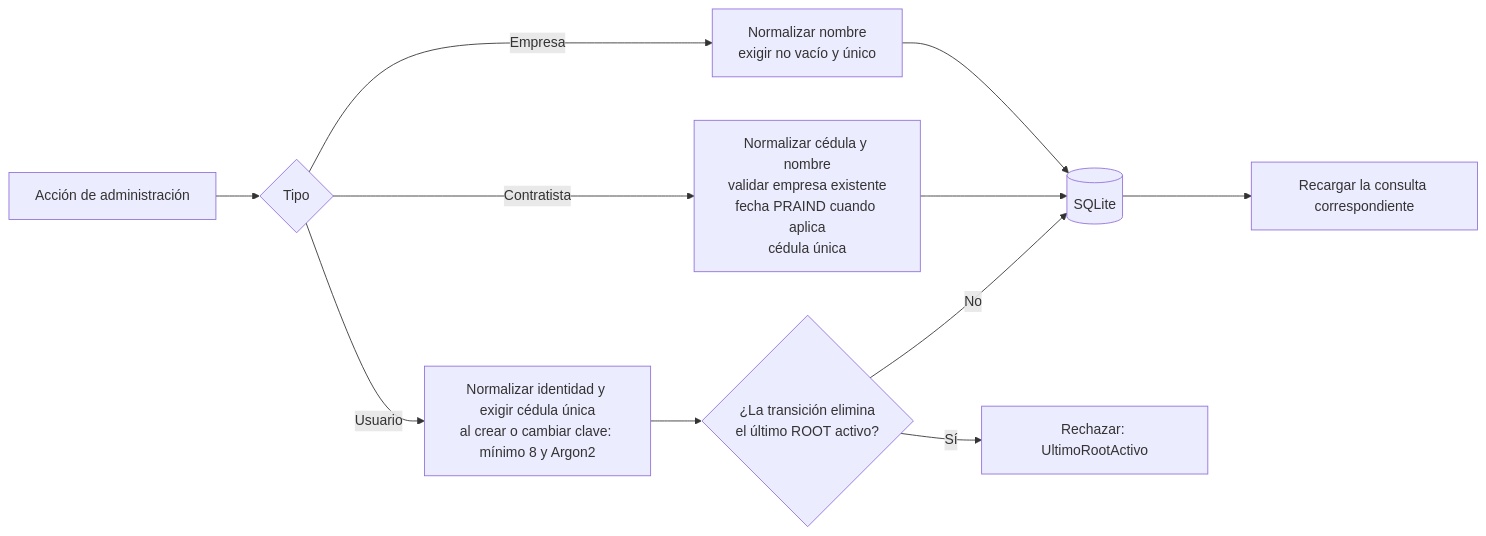
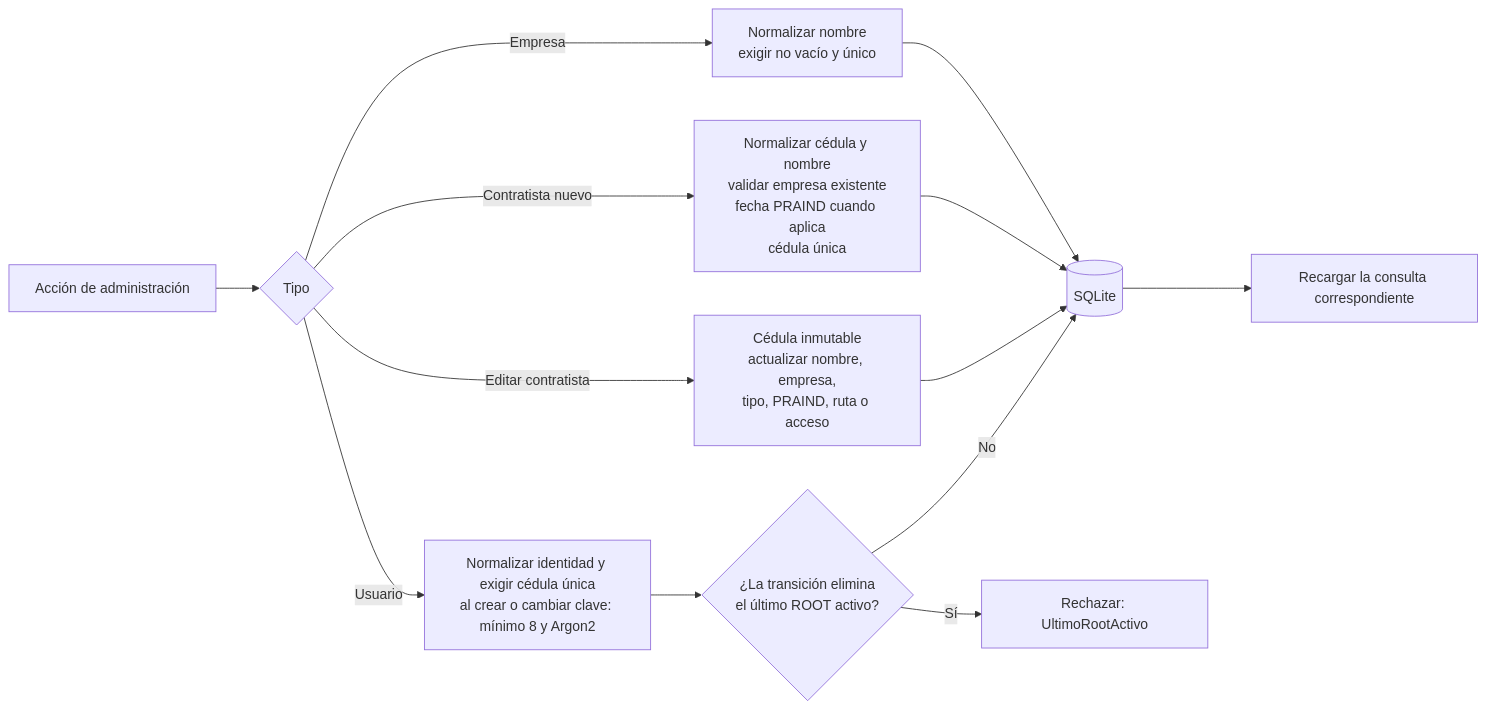
One commit to DQM27/acceso_CLI changed the fifth of 7 diagrams in docs/diagrama-logico.md. Above: the diagram before and after it, drawn with Mermaid. The commit also changed 13 other files, not shown here.

Commit message:
Hace inmutable la cedula del contratista

````diff
--- a/docs/diagrama-logico.md
+++ b/docs/diagrama-logico.md
@@ -192,16 +192,18 @@
 ```mermaid
 flowchart LR
     A["Acción de administración"] --> B{"Tipo"}
 
     B -->|Empresa| E["Normalizar nombre<br/>exigir no vacío y único"]
-    B -->|Contratista| C["Normalizar cédula y nombre<br/>validar empresa existente<br/>fecha PRAIND cuando aplica<br/>cédula única"]
+    B -->|Contratista nuevo| C["Normalizar cédula y nombre<br/>validar empresa existente<br/>fecha PRAIND cuando aplica<br/>cédula única"]
+    B -->|Editar contratista| CE["Cédula inmutable<br/>actualizar nombre, empresa,<br/>tipo, PRAIND, ruta o acceso"]
     B -->|Usuario| U["Normalizar identidad y exigir cédula única<br/>al crear o cambiar clave: mínimo 8 y Argon2"]
 
     E --> DB[("SQLite")]
     C --> DB
+    CE --> DB
     U --> R{"¿La transición elimina<br/>el último ROOT activo?"}
     R -->|Sí| X["Rechazar: UltimoRootActivo"]
     R -->|No| DB
 
     DB --> Q["Recargar la consulta correspondiente"]
 ```
````
